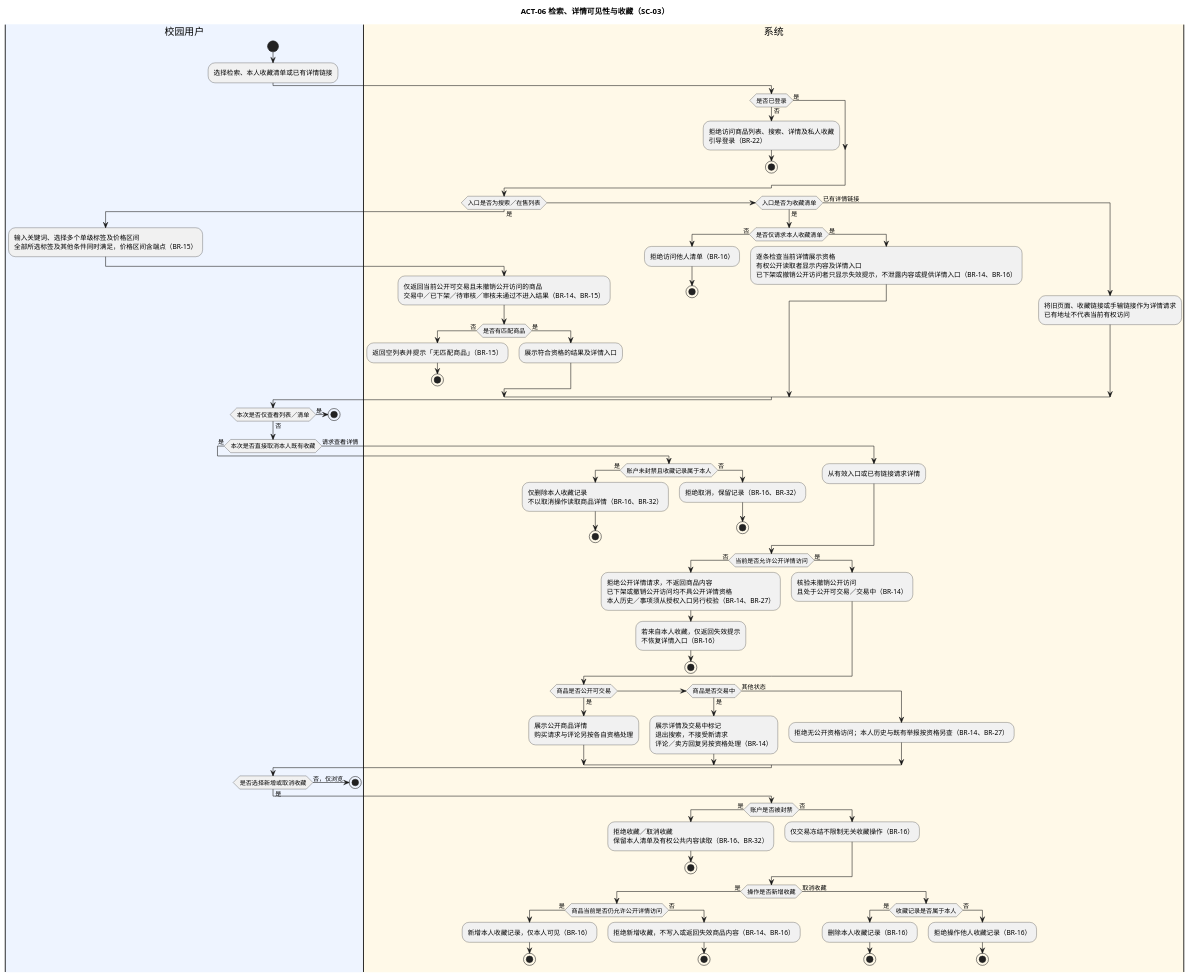
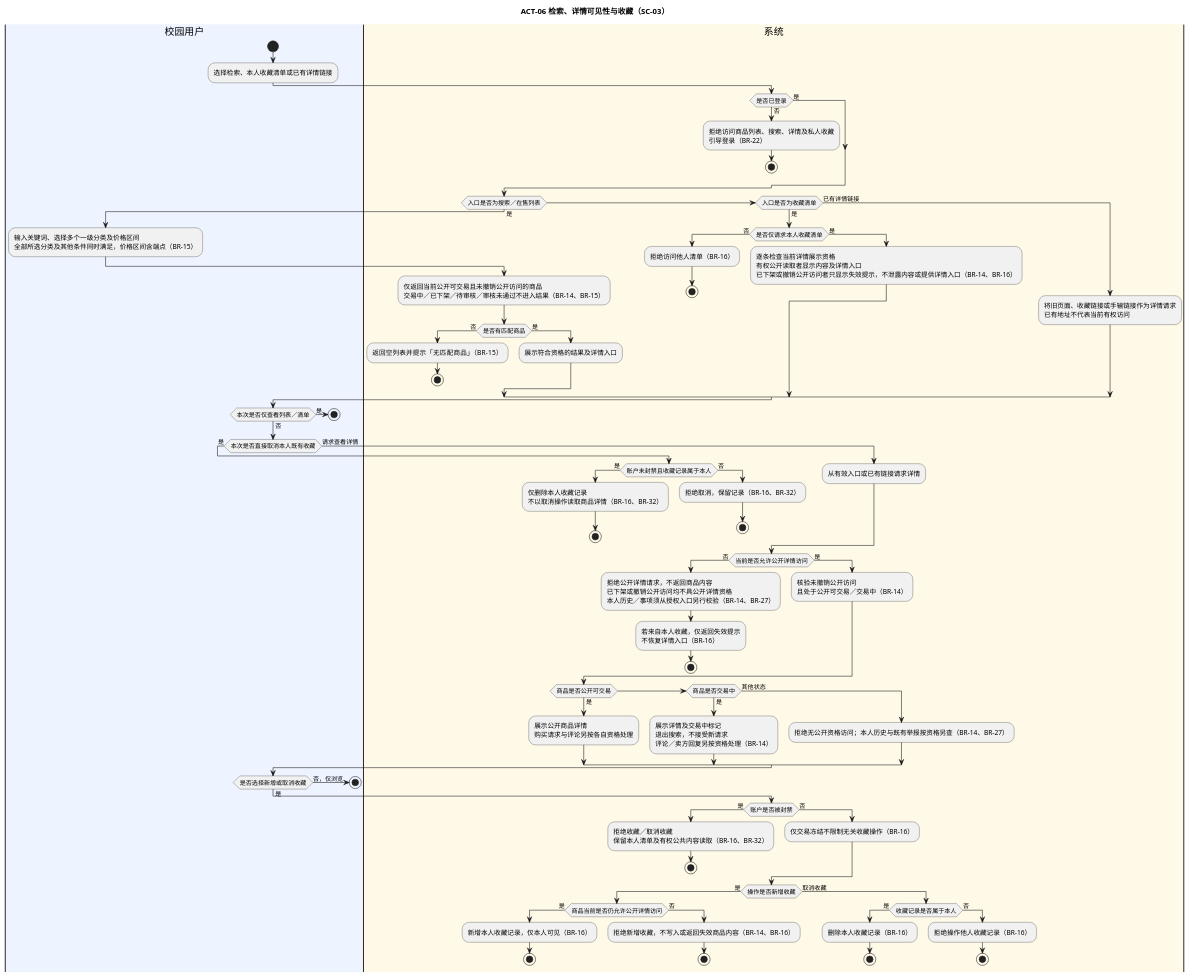
The diagram in docs/appendices/models/ACT-06-检索详情与收藏.puml (iy88/se-course-project-1), drawn with PlantUML before and after one commit. The commit also changed other lines of this file and 53 other files, not shown here.

```diff
--- a/docs/appendices/models/ACT-06-检索详情与收藏.puml
+++ b/docs/appendices/models/ACT-06-检索详情与收藏.puml
@@ -12,106 +12,106 @@
 @startuml ACT-06
 
 skinparam defaultFontName "PingFang SC"
 
 title ACT-06 检索、详情可见性与收藏（SC-03）
 
 |#EEF4FF|校园用户|
 start
 :选择检索、本人收藏清单或已有详情链接;
 
 |#FFF9E8|系统|
 if (是否已登录) then (否)
   :拒绝访问商品列表、搜索、详情及私人收藏\n引导登录（BR-22）;
   stop
 else (是)
 endif
 
 if (入口是否为搜索／在售列表) then (是)
   |#EEF4FF|校园用户|
-  :输入关键词、选择多个单级标签及价格区间\n全部所选标签及其他条件同时满足，价格区间含端点（BR-15）;
+  :输入关键词、选择多个一级分类及价格区间\n全部所选分类及其他条件同时满足，价格区间含端点（BR-15）;
   |#FFF9E8|系统|
   :仅返回当前公开可交易且未撤销公开访问的商品\n交易中／已下架／待审核／审核未通过不进入结果（BR-14、BR-15）;
   if (是否有匹配商品) then (否)
     :返回空列表并提示「无匹配商品」（BR-15）;
     stop
   else (是)
     :展示符合资格的结果及详情入口;
   endif
 elseif (入口是否为收藏清单) then (是)
   if (是否仅请求本人收藏清单) then (否)
     :拒绝访问他人清单（BR-16）;
     stop
   else (是)
     :逐条检查当前详情展示资格\n有权公开读取者显示内容及详情入口\n已下架或撤销公开访问者只显示失效提示，不泄露内容或提供详情入口（BR-14、BR-16）;
   endif
 else (已有详情链接)
   :将旧页面、收藏链接或手输链接作为详情请求\n已有地址不代表当前有权访问;
 endif
 
 |#EEF4FF|校园用户|
 if (本次是否仅查看列表／清单) then (是)
   stop
 else (否)
 endif
 
 if (本次是否直接取消本人既有收藏) then (是)
   |#FFF9E8|系统|
   if (账户未封禁且收藏记录属于本人) then (是)
     :仅删除本人收藏记录\n不以取消操作读取商品详情（BR-16、BR-32）;
     stop
   else (否)
     :拒绝取消，保留记录（BR-16、BR-32）;
     stop
   endif
 else (请求查看详情)
   :从有效入口或已有链接请求详情;
 endif
 
 |#FFF9E8|系统|
 if (当前是否允许公开详情访问) then (否)
   :拒绝公开详情请求，不返回商品内容\n已下架或撤销公开访问均不具公开详情资格\n本人历史／事项须从授权入口另行校验（BR-14、BR-27）;
   :若来自本人收藏，仅返回失效提示\n不恢复详情入口（BR-16）;
   stop
 else (是)
   :核验未撤销公开访问\n且处于公开可交易／交易中（BR-14）;
 endif
 
 if (商品是否公开可交易) then (是)
   :展示公开商品详情\n购买请求与评论另按各自资格处理;
 elseif (商品是否交易中) then (是)
   :展示详情及交易中标记\n退出搜索，不接受新请求\n评论／卖方回复另按资格处理（BR-14）;
 else (其他状态)
   :拒绝无公开资格访问；本人历史与既有举报按资格另查（BR-14、BR-27）;
 endif
 
 |#EEF4FF|校园用户|
 if (是否选择新增或取消收藏) then (否，仅浏览)
   stop
 else (是)
   |#FFF9E8|系统|
   if (账户是否被封禁) then (是)
     :拒绝收藏／取消收藏\n保留本人清单及有权公共内容读取（BR-16、BR-32）;
     stop
   else (否)
     :仅交易冻结不限制无关收藏操作（BR-16）;
   endif
   if (操作是否新增收藏) then (是)
     if (商品当前是否仍允许公开详情访问) then (是)
       :新增本人收藏记录，仅本人可见（BR-16）;
       stop
     else (否)
       :拒绝新增收藏，不写入或返回失效商品内容（BR-14、BR-16）;
       stop
     endif
   else (取消收藏)
     if (收藏记录是否属于本人) then (是)
       :删除本人收藏记录（BR-16）;
       stop
     else (否)
       :拒绝操作他人收藏记录（BR-16）;
       stop
     endif
   endif
 endif
 
 @enduml
```
